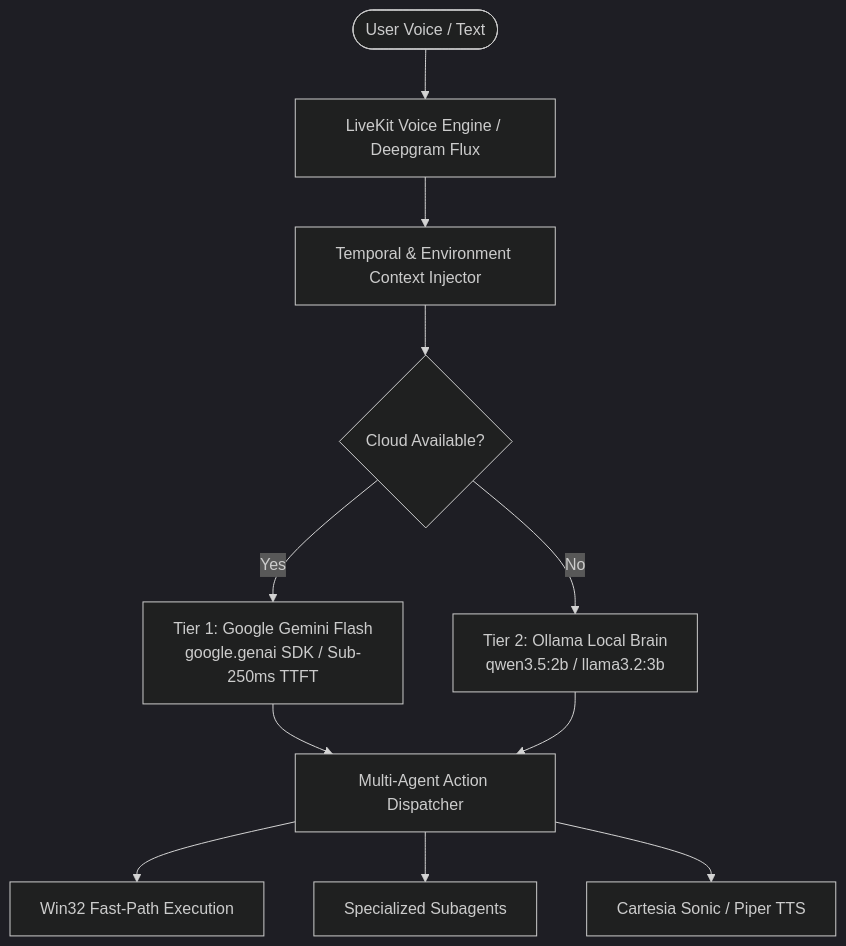
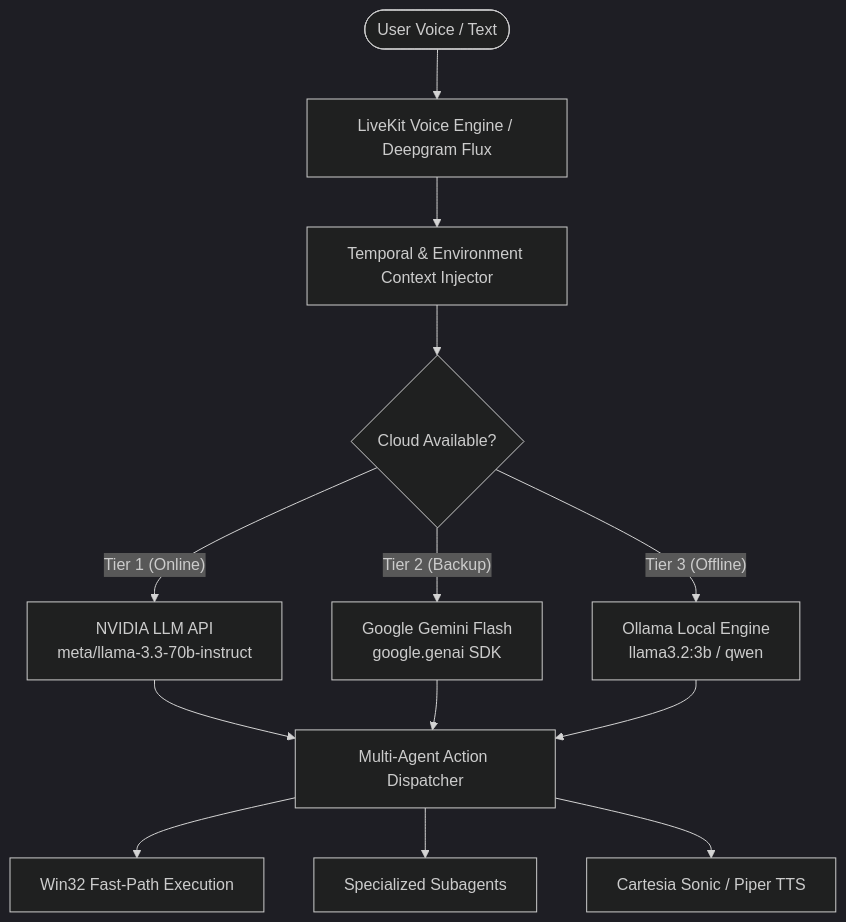
Before and after one commit to skullhacker007/Jarvis: the first of 2 diagrams in AGENTS.md, drawn with Mermaid (dark theme). The commit also changed other lines of this file and 7 other files, not shown here.

Commit message:
feat: implement 10-component matrix (NVIDIA 70B primary, Mem0, LlamaIndex RAG, Deepgram Flux, Cartesia, and OCI pgvector)

````diff
--- a/AGENTS.md
+++ b/AGENTS.md
@@ -11,16 +28,18 @@
 ```mermaid
 flowchart TD
     User([User Voice / Text]) --> VoiceEngine[LiveKit Voice Engine / Deepgram Flux]
     VoiceEngine --> ContextInjector[Temporal & Environment Context Injector]
     ContextInjector --> BrainRouter{Cloud Available?}
     
-    BrainRouter -- Yes --> GeminiPrimary[Tier 1: Google Gemini Flash\ngoogle.genai SDK / Sub-250ms TTFT]
-    BrainRouter -- No --> OllamaFallback[Tier 2: Ollama Local Brain\nqwen3.5:2b / llama3.2:3b]
+    BrainRouter -- Tier 1 (Online) --> NvidiaPrimary[NVIDIA LLM API\nmeta/llama-3.3-70b-instruct]
+    BrainRouter -- Tier 2 (Backup) --> GeminiBackup[Google Gemini Flash\ngoogle.genai SDK]
+    BrainRouter -- Tier 3 (Offline) --> OllamaFallback[Ollama Local Engine\nllama3.2:3b / qwen]
 
-    GeminiPrimary --> Dispatcher[Multi-Agent Action Dispatcher]
+    NvidiaPrimary --> Dispatcher[Multi-Agent Action Dispatcher]
+    GeminiBackup --> Dispatcher
     OllamaFallback --> Dispatcher
 
     Dispatcher --> FastPath[Win32 Fast-Path Execution]
     Dispatcher --> Subagents[Specialized Subagents]
     Dispatcher --> AudioStream[Cartesia Sonic / Piper TTS]
 ```
````
